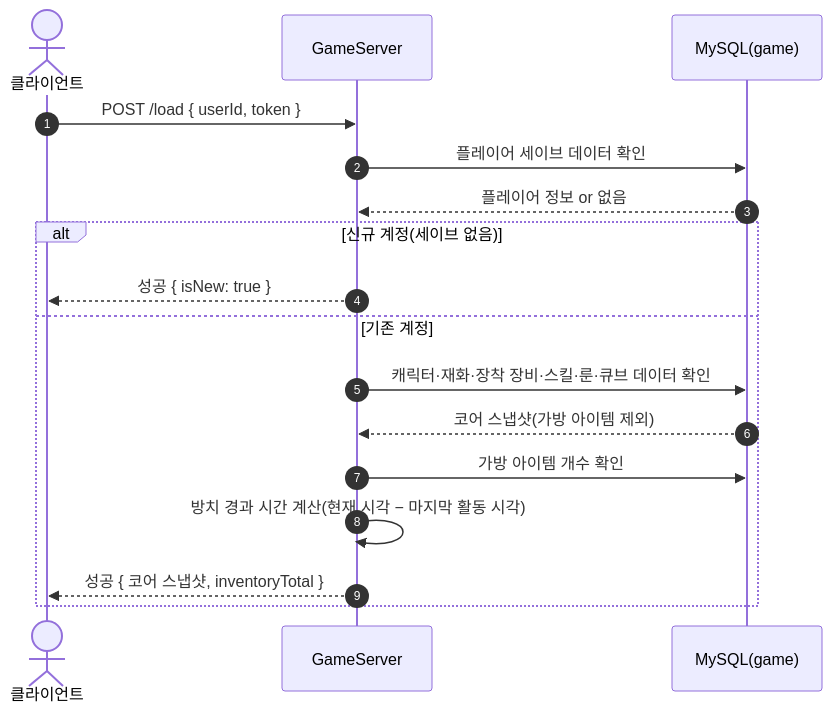
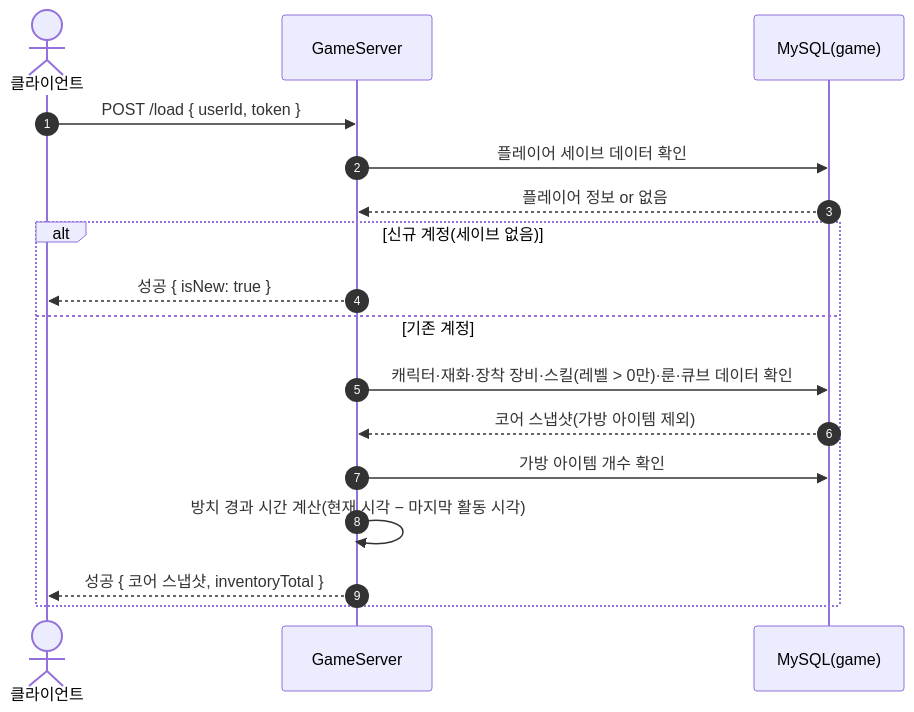
One commit to ks-wook/com2us-taskbar-hero changed the fourth of 32 diagrams in SequenceDiagram/README.md. Above: the diagram before and after it, drawn with Mermaid. The commit also changed other lines of this file and 9 other files, not shown here.

````diff
--- a/SequenceDiagram/README.md
+++ b/SequenceDiagram/README.md
@@ -152,20 +152,20 @@
 ```mermaid
 sequenceDiagram
     autonumber
     actor C as 클라이언트
     participant S as GameServer
     participant DB as MySQL(game)
 
     C->>S: POST /load { userId, token }
     S->>DB: 플레이어 세이브 데이터 확인
     DB-->>S: 플레이어 정보 or 없음
     alt 신규 계정(세이브 없음)
         S-->>C: 성공 { isNew: true }
     else 기존 계정
-        S->>DB: 캐릭터·재화·장착 장비·스킬·룬·큐브 데이터 확인
+        S->>DB: 캐릭터·재화·장착 장비·스킬(레벨 > 0만)·룬·큐브 데이터 확인
         DB-->>S: 코어 스냅샷(가방 아이템 제외)
         S->>DB: 가방 아이템 개수 확인
         S->>S: 방치 경과 시간 계산(현재 시각 − 마지막 활동 시각)
         S-->>C: 성공 { 코어 스냅샷, inventoryTotal }
     end
 ```
````
